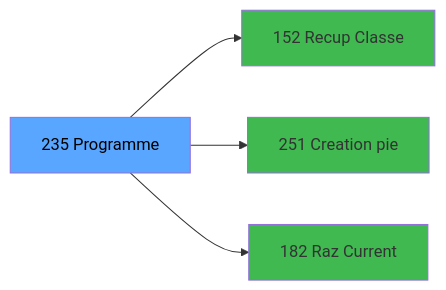
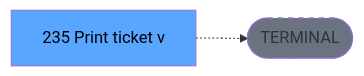
One commit to thonyAGP/lecteur-magic changed the third of 3 diagrams in .openspec/specs/ADH-IDE-235.md. Above: the diagram before and after it, drawn with Mermaid. The commit also changed other lines of this file and 701 other files, not shown here.

````diff
--- a/.openspec/specs/ADH-IDE-235.md
+++ b/.openspec/specs/ADH-IDE-235.md
@@ -181,14 +150,8 @@
 ```mermaid
 graph LR
-    T[235 Programme]
-    C152[152 Recup Classe]
-    T --> C152
-    C251[251 Creation pie]
-    T --> C251
-    C182[182 Raz Current ]
-    T --> C182
+    T[235  Print ticket v]
+    TERM([TERMINAL])
+    T -.-> TERM
+    style TERM fill:#6b7280,stroke-dasharray: 5 5
     style T fill:#58a6ff,color:#000
-    style C152 fill:#3fb950
-    style C251 fill:#3fb950
-    style C182 fill:#3fb950
 ```
````
